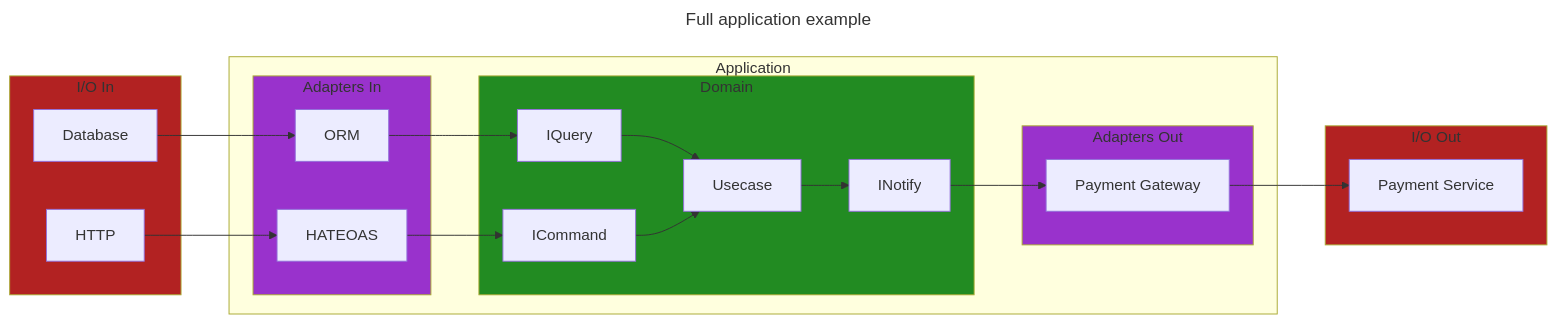
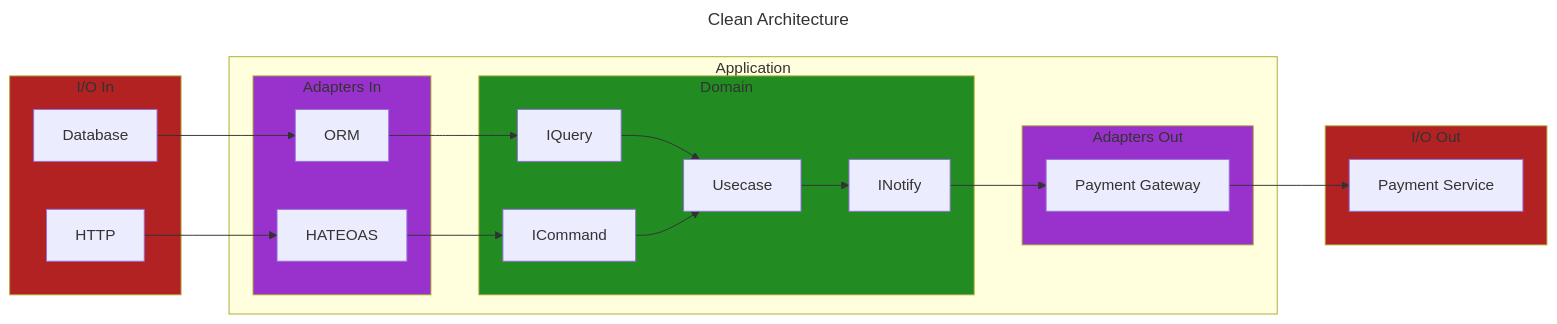
The tenth of 10 diagrams in structure.md (grierson/grierson), drawn with Mermaid before and after one commit. The commit also changed other lines of this file, not shown here.

````diff
--- a/structure.md
+++ b/structure.md
@@ -450,42 +485,42 @@
 ```mermaid
 ---
-title: Full application example
+title: Clean Architecture
 ---
 flowchart LR
   subgraph Application
     style Domain fill:ForestGreen
     subgraph Domain
       IQuery
       ICommand
       INotify
       Usecase
     end
     style AdaptersIn fill:DarkOrchid
     subgraph AdaptersIn[Adapters In]
       ORM
       HATEOAS
     end
     style AdaptersOut fill:DarkOrchid
     subgraph AdaptersOut[Adapters Out]
       Gateway[Payment Gateway]
     end
   end
   style I/OIn fill:FireBrick
   subgraph I/OIn[I/O In]
     Database
     HTTP
   end
   style I/OOut fill:FireBrick
   subgraph I/OOut[I/O Out]
     ThirdParty[Payment Service]
   end
   HTTP --> HATEOAS
   Database --> ORM
   HATEOAS --> ICommand
   ORM --> IQuery
   IQuery --> Usecase
   ICommand --> Usecase
   Usecase --> INotify
   INotify --> Gateway
   Gateway --> ThirdParty
 ```
````
